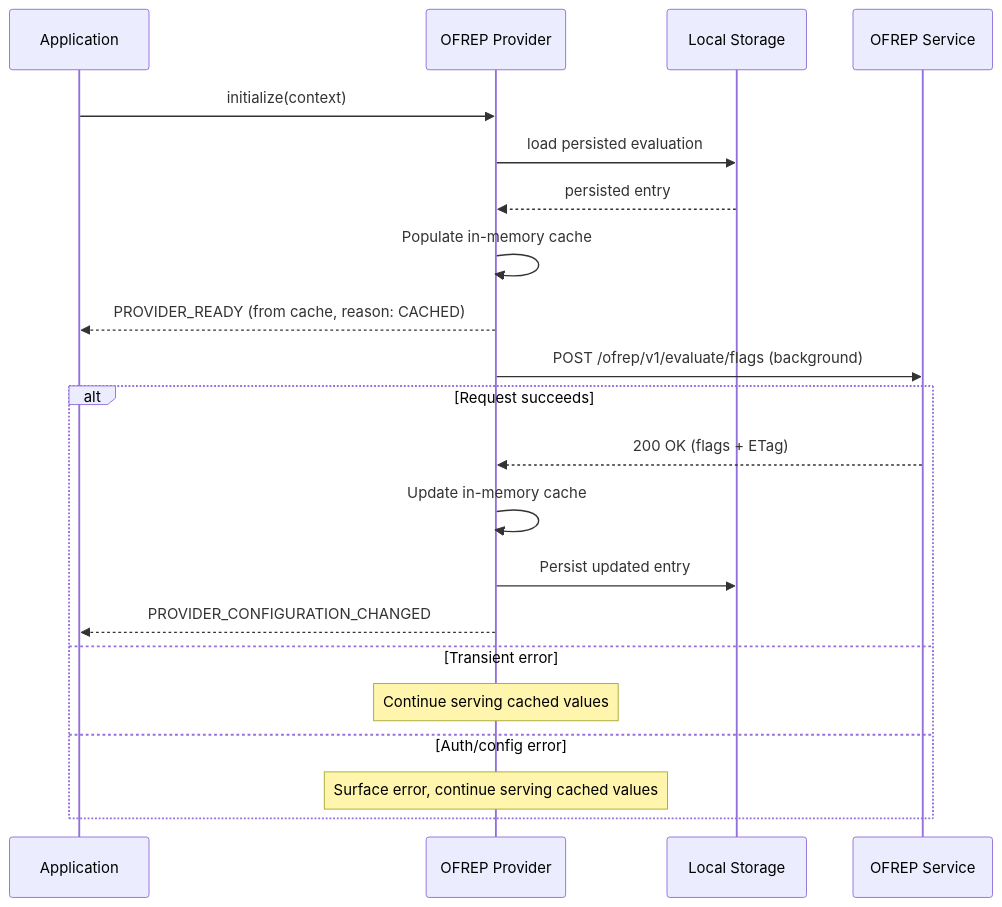
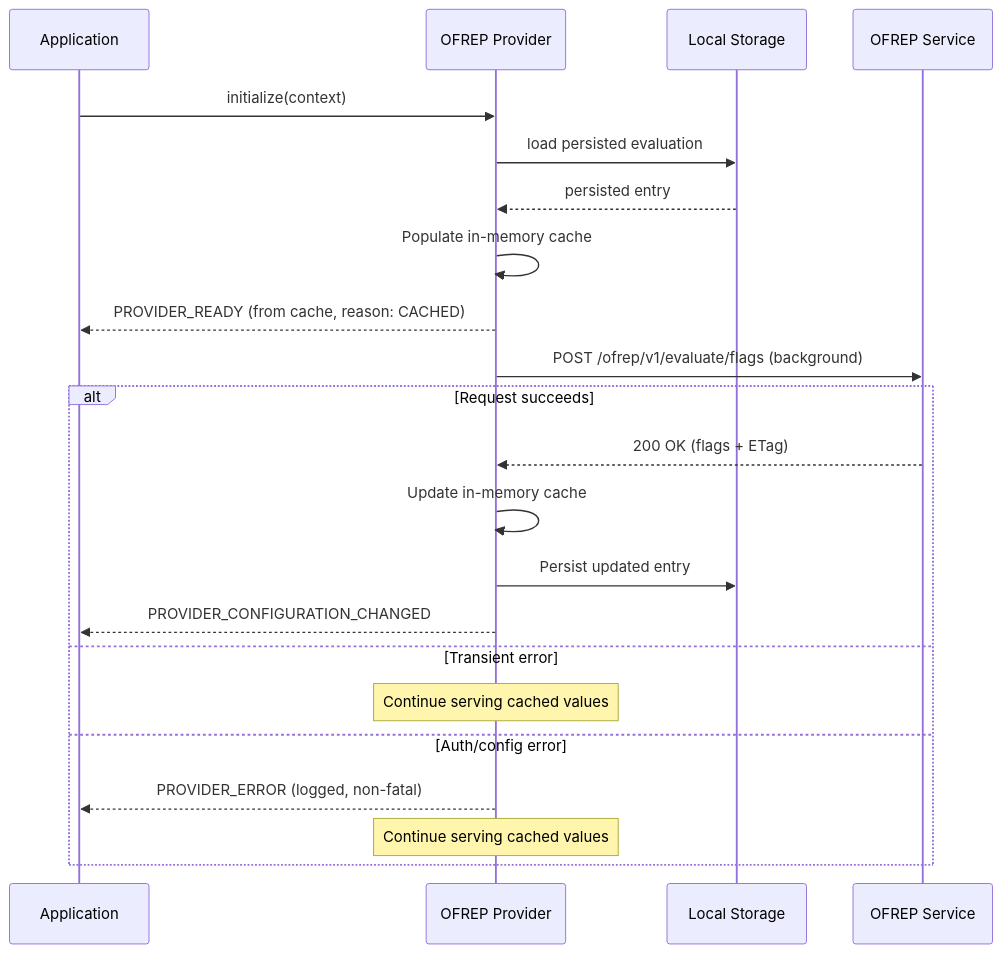
The first of 3 diagrams in service/adrs/0009-local-storage-for-static-context-providers.md (open-feature/protocol), drawn with Mermaid before and after one commit. The commit also changed other lines of this file, not shown here.

First line of the commit message:
docs(adr): require both logging and PROVIDER_ERROR emit on auth/config errors

````diff
--- a/service/adrs/0009-local-storage-for-static-context-providers.md
+++ b/service/adrs/0009-local-storage-for-static-context-providers.md
@@ -112,25 +112,26 @@
 ```mermaid
 sequenceDiagram
     participant App as Application
     participant Provider as OFREP Provider
     participant Storage as Local Storage
     participant Server as OFREP Service
 
     App->>Provider: initialize(context)
     Provider->>Storage: load persisted evaluation
     Storage-->>Provider: persisted entry
     Provider->>Provider: Populate in-memory cache
     Provider-->>App: PROVIDER_READY (from cache, reason: CACHED)
 
     Provider->>Server: POST /ofrep/v1/evaluate/flags (background)
     alt Request succeeds
         Server-->>Provider: 200 OK (flags + ETag)
         Provider->>Provider: Update in-memory cache
         Provider->>Storage: Persist updated entry
         Provider-->>App: PROVIDER_CONFIGURATION_CHANGED
     else Transient error
         Note over Provider: Continue serving cached values
     else Auth/config error
-        Note over Provider: Surface error, continue serving cached values
+        Provider-->>App: PROVIDER_ERROR (logged, non-fatal)
+        Note over Provider: Continue serving cached values
     end
 ```
````
